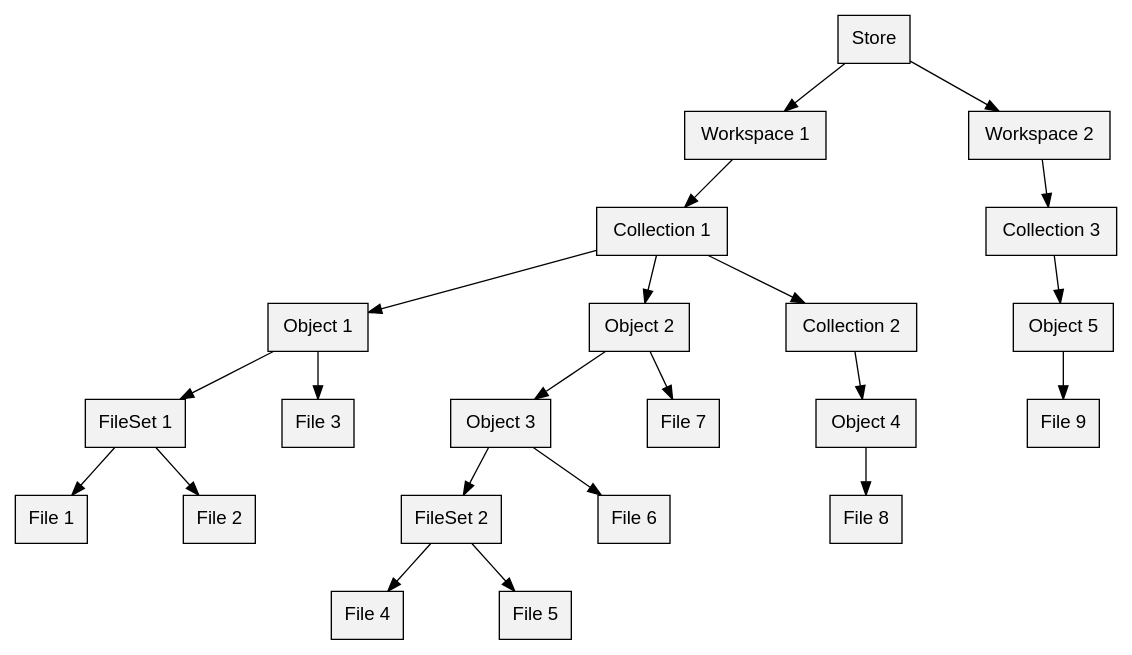
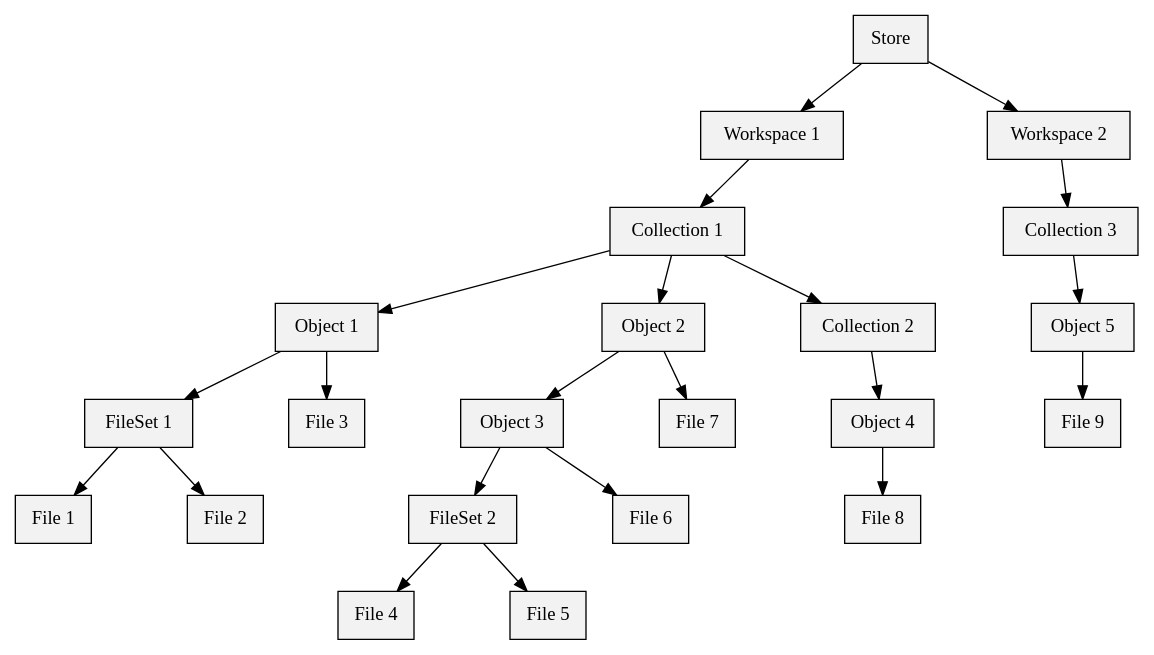
Before and after one commit to dmolesUC/kufi: the diagram in doc/dot/cursive-example.dot, drawn with Graphviz. The commit also changed 2 other files, not shown here.

```diff
--- a/doc/dot/cursive-example.dot
+++ b/doc/dot/cursive-example.dot
@@ -1,17 +1,17 @@
 digraph {
     graph [outputorder = edgesfirst, nodesep = 1]
-    node [shape = box, fontname = helvetica, fillcolor = grey95, style = filled]
+    node [shape = box, fillcolor = grey95, style = filled]
 
     Store -> "Workspace 1" -> "Collection 1" -> "Object 1" -> "FileSet 1" -> "File 1"
     "FileSet 1" -> "File 2"
     "Object 1" -> "File 3"
 
     "Collection 1" -> "Object 2" -> "Object 3" -> "FileSet 2" -> "File 4"
     "FileSet 2" -> "File 5"
     "Object 3" -> "File 6"
     "Object 2" -> "File 7"
 
     "Collection 1" -> "Collection 2" -> "Object 4" -> "File 8"
 
     Store -> "Workspace 2" -> "Collection 3" -> "Object 5" -> "File 9"
 }
```
